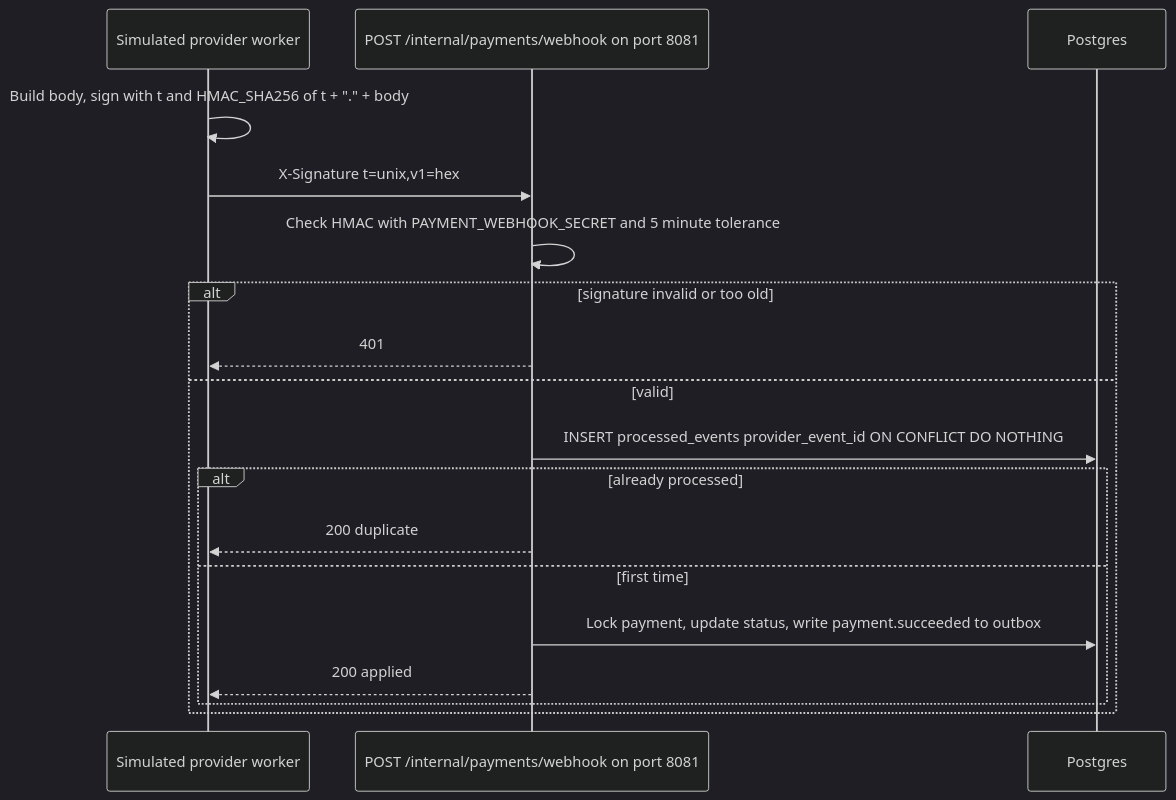
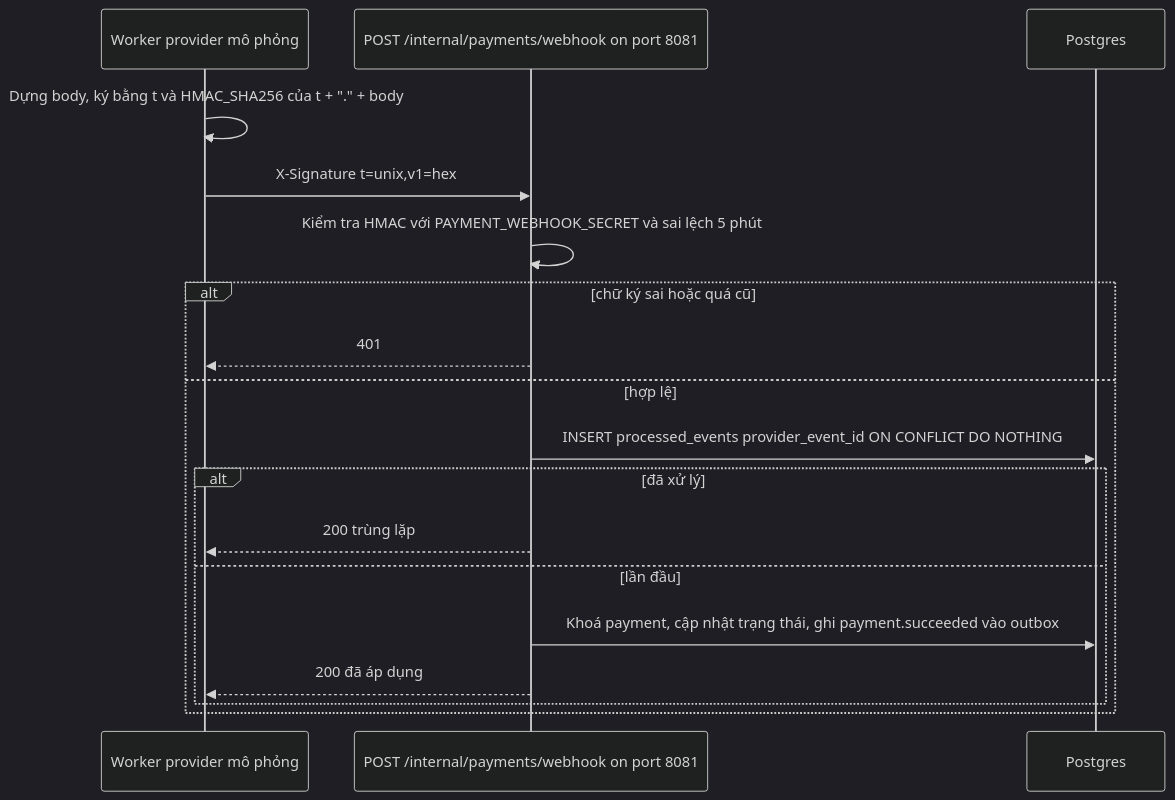
The second of 3 diagrams in docs/design/05_SECURITY.md (khoatran18/mini-marketplace), drawn with Mermaid (dark theme) before and after one commit. The commit also changed other lines of this file and 29 other files, not shown here.

````diff
--- a/docs/design/05_SECURITY.md
+++ b/docs/design/05_SECURITY.md
@@ -48,20 +49,20 @@
 ```mermaid
 sequenceDiagram
-  participant W as Simulated provider worker
+  participant W as Worker provider mô phỏng
   participant H as POST /internal/payments/webhook on port 8081
   participant D as Postgres
-  W->>W: Build body, sign with t and HMAC_SHA256 of t + "." + body
+  W->>W: Dựng body, ký bằng t và HMAC_SHA256 của t + "." + body
   W->>H: X-Signature t=unix,v1=hex
-  H->>H: Check HMAC with PAYMENT_WEBHOOK_SECRET and 5 minute tolerance
-  alt signature invalid or too old
+  H->>H: Kiểm tra HMAC với PAYMENT_WEBHOOK_SECRET và sai lệch 5 phút
+  alt chữ ký sai hoặc quá cũ
     H-->>W: 401
-  else valid
+  else hợp lệ
     H->>D: INSERT processed_events provider_event_id ON CONFLICT DO NOTHING
-    alt already processed
-      H-->>W: 200 duplicate
-    else first time
-      H->>D: Lock payment, update status, write payment.succeeded to outbox
-      H-->>W: 200 applied
+    alt đã xử lý
+      H-->>W: 200 trùng lặp
+    else lần đầu
+      H->>D: Khoá payment, cập nhật trạng thái, ghi payment.succeeded vào outbox
+      H-->>W: 200 đã áp dụng
     end
   end
 ```
````
